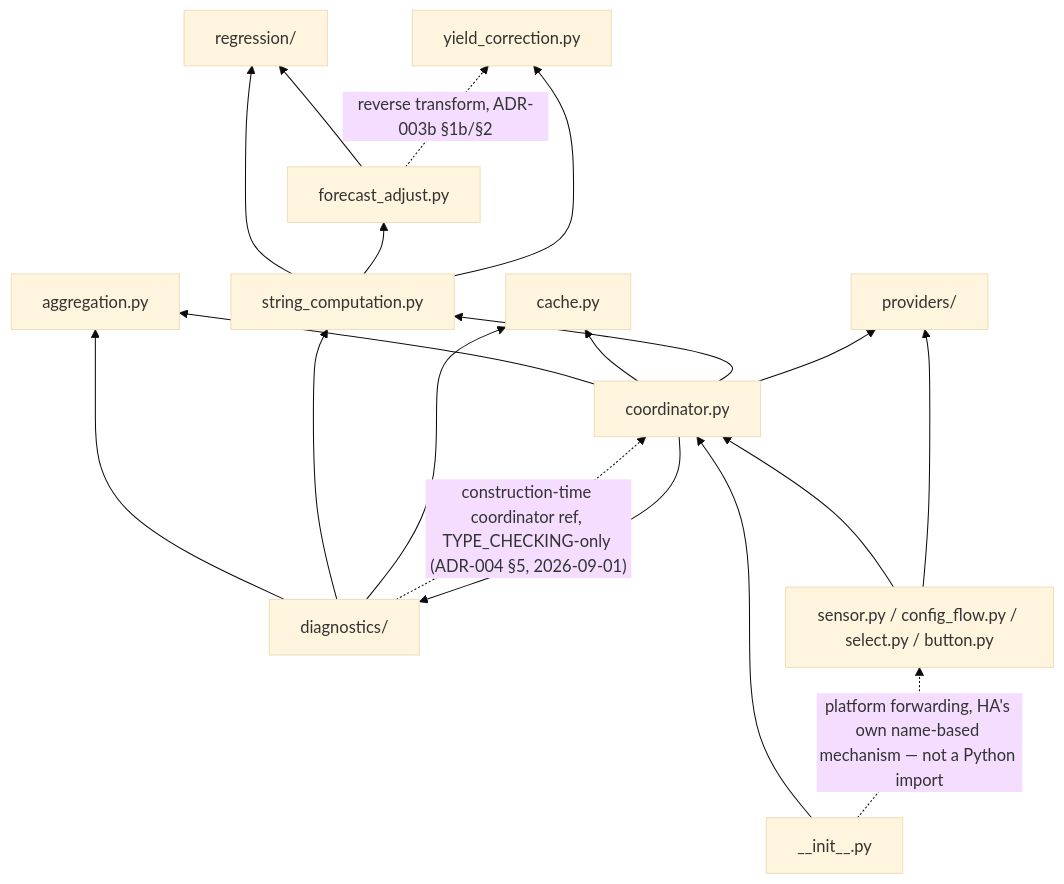
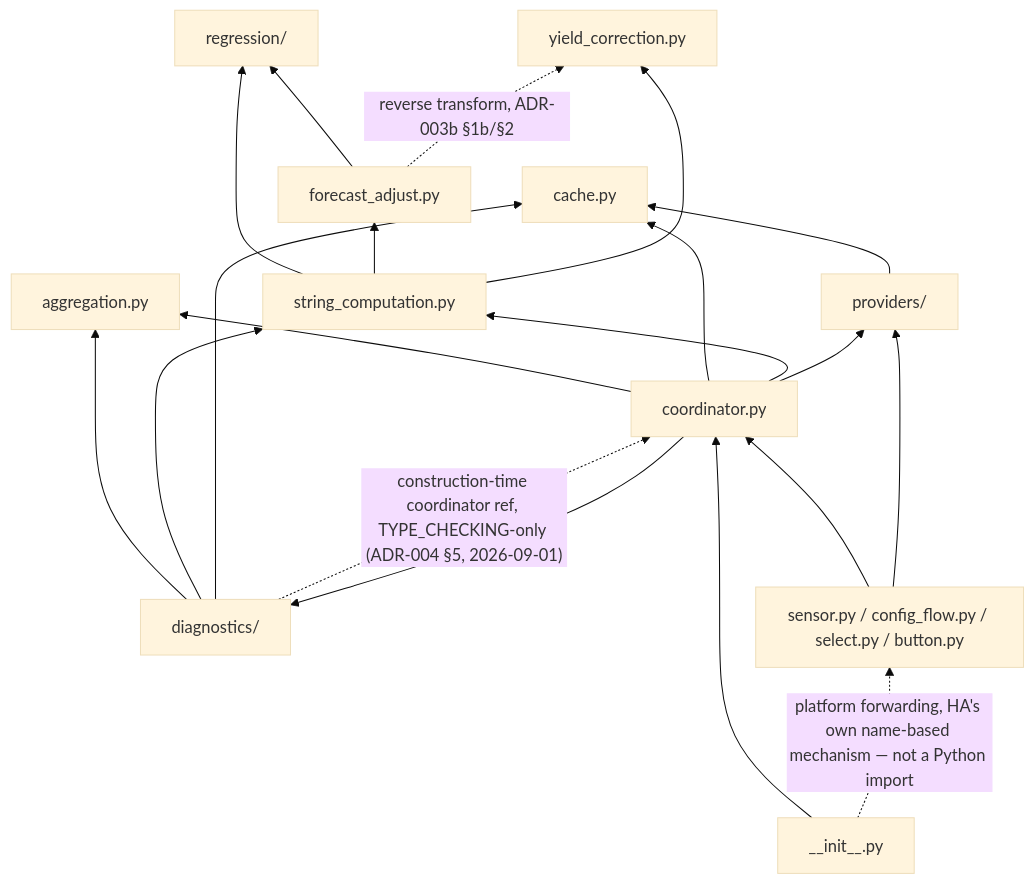
The diagram in adr/000-coding-standards.md (eschnepel/shady), drawn with Mermaid (base theme) before and after one commit. The commit also changed other lines of this file and 20 other files, not shown here.

````diff
--- a/adr/000-coding-standards.md
+++ b/adr/000-coding-standards.md
@@ -154,33 +154,34 @@
 ```mermaid
 flowchart BT
     providers["providers/"]
     yield_correction["yield_correction.py"]
     regression["regression/"]
     forecast_adjust["forecast_adjust.py"]
     string_computation["string_computation.py"]
     aggregation["aggregation.py"]
     diagnostics["diagnostics/"]
     cache["cache.py"]
     coordinator["coordinator.py"]
     entity_glue["sensor.py / config_flow.py / select.py / button.py"]
     init["__init__.py"]
 
     forecast_adjust --> regression
     string_computation --> regression
     string_computation --> forecast_adjust
     string_computation --> yield_correction
     diagnostics --> aggregation
     diagnostics --> string_computation
     diagnostics --> cache
+    providers --> cache
     coordinator --> aggregation
     coordinator --> cache
     coordinator --> string_computation
     coordinator --> diagnostics
     coordinator --> providers
     entity_glue --> coordinator
     entity_glue --> providers
     init --> coordinator
     forecast_adjust -.->|"reverse transform, ADR-003b §1b/§2"| yield_correction
     diagnostics -.->|"construction-time coordinator ref, TYPE_CHECKING-only (ADR-004 §5, 2026-09-01)"| coordinator
     init -.->|"platform forwarding, HA's own name-based mechanism — not a Python import"| entity_glue
 ```
````
